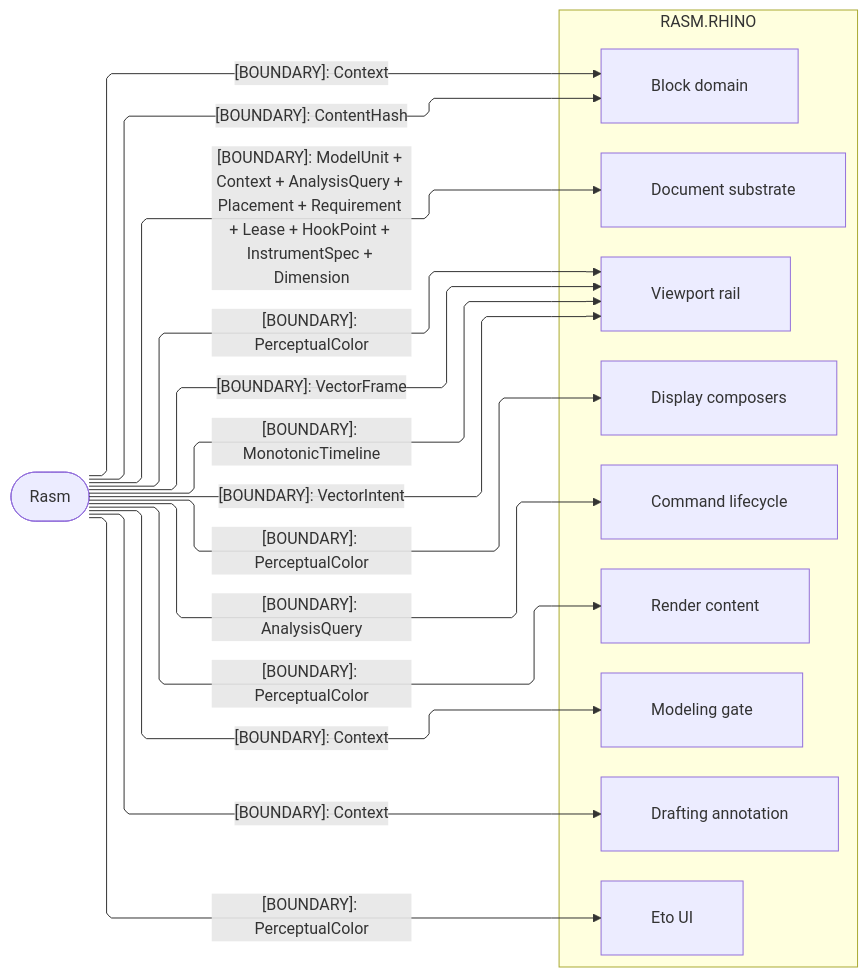
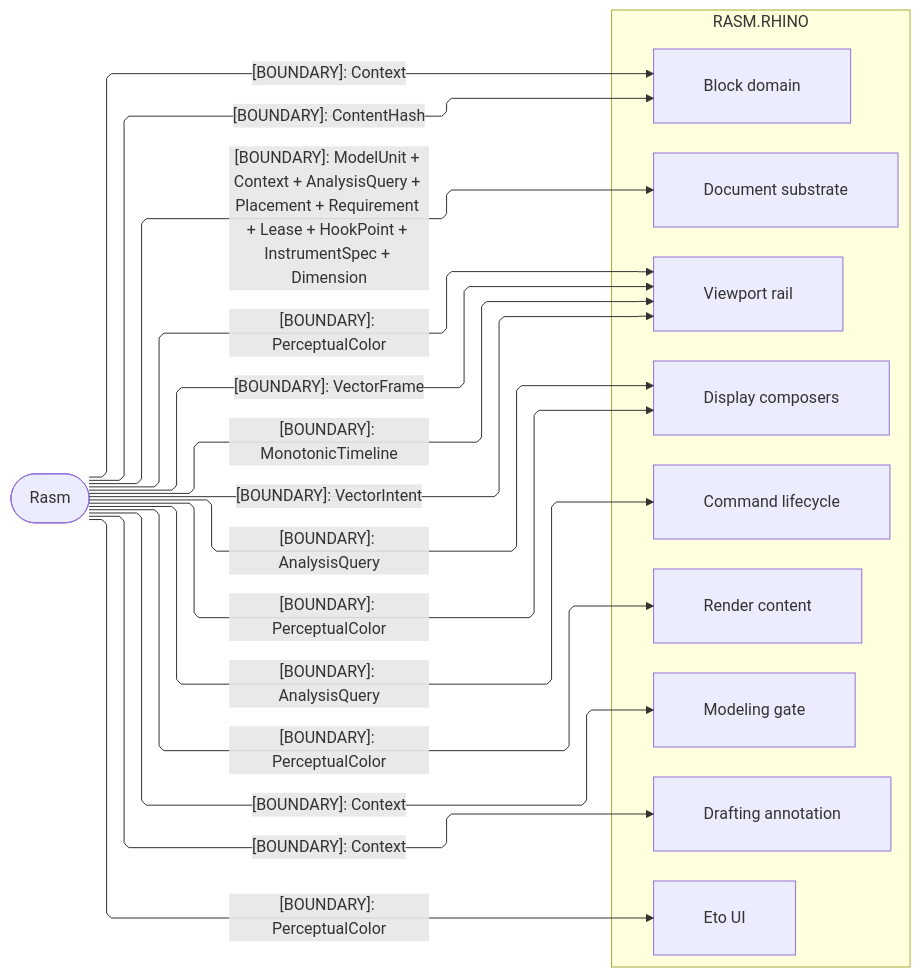
Before and after one commit to bsamiee/Rasm: the second of 3 diagrams in libs/csharp/Rasm.Rhino/ARCHITECTURE.md, drawn with Mermaid. The commit also changed other lines of this file and 138 other files, not shown here.

````diff
--- a/libs/csharp/Rasm.Rhino/ARCHITECTURE.md
+++ b/libs/csharp/Rasm.Rhino/ARCHITECTURE.md
@@ -166,37 +166,38 @@
 ```mermaid
 ---
 config:
   layout: elk
   flowchart:
     curve: linear
     padding: 25
 ---
 flowchart LR
     accTitle: Rasm.Rhino kernel-boundary seams
     accDescr: Rasm.Rhino host sub-domain owners consuming frozen-name value contracts down from the Rasm kernel, one boundary rail per consuming sub-domain.
     subgraph rhino[RASM.RHINO]
         Document[Document substrate]
         Commands[Command lifecycle]
         Blocks[Block domain]
         Modeling[Modeling gate]
         Annotation[Drafting annotation]
         Viewport[Viewport rail]
         Display[Display composers]
         Render[Render content]
         Eto[Eto UI]
     end
     Rasm([Rasm])
     Rasm e1@-->|"[BOUNDARY]: ModelUnit + Context + AnalysisQuery + Placement + Requirement + Lease + HookPoint + InstrumentSpec + Dimension"| Document
     Rasm e2@-->|"[BOUNDARY]: VectorFrame"| Viewport
     Rasm e3@-->|"[BOUNDARY]: AnalysisQuery"| Commands
     Rasm e4@-->|"[BOUNDARY]: PerceptualColor"| Eto
     Rasm e5@-->|"[BOUNDARY]: MonotonicTimeline"| Viewport
     Rasm e6@-->|"[BOUNDARY]: VectorIntent"| Viewport
     Rasm e7@-->|"[BOUNDARY]: Context"| Modeling
     Rasm e8@-->|"[BOUNDARY]: ContentHash"| Blocks
     Rasm e9@-->|"[BOUNDARY]: PerceptualColor"| Display
+    Rasm e14@-->|"[BOUNDARY]: AnalysisQuery"| Display
     Rasm e10@-->|"[BOUNDARY]: PerceptualColor"| Render
     Rasm e11@-->|"[BOUNDARY]: PerceptualColor"| Viewport
     Rasm e12@-->|"[BOUNDARY]: Context"| Annotation
     Rasm e13@-->|"[BOUNDARY]: Context"| Blocks
 ```
````
